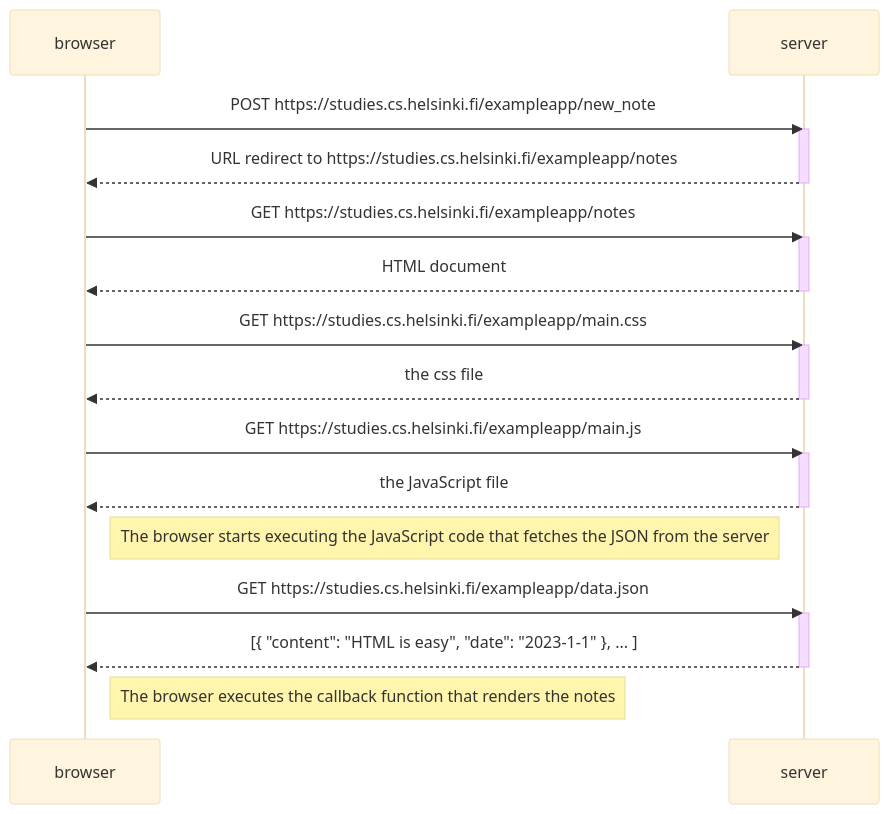
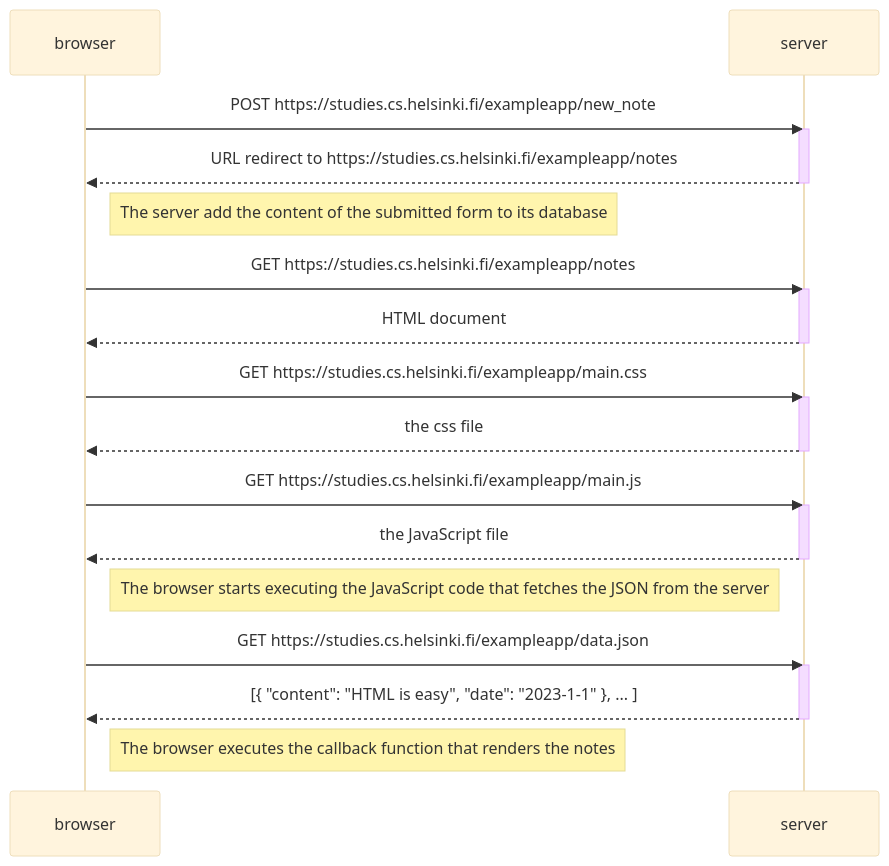
Before and after one commit to CongLuanTran/FullstackOpen: the diagram in part0/sequence_diagram.mmd, drawn with Mermaid (base theme).

Commit message:
add description for the server activity when form is submitted

```diff
--- a/part0/sequence_diagram.mmd
+++ b/part0/sequence_diagram.mmd
@@ -1,32 +1,34 @@
 sequenceDiagram
     participant browser
     participant server
 
     browser->>server: POST https://studies.cs.helsinki.fi/exampleapp/new_note
     activate server
     server-->>browser: URL redirect to https://studies.cs.helsinki.fi/exampleapp/notes
     deactivate server
+
+    Note right of browser: The server add the content of the submitted form to its database
     
     browser->>server: GET https://studies.cs.helsinki.fi/exampleapp/notes
     activate server
     server-->>browser: HTML document
     deactivate server
             
     browser->>server: GET https://studies.cs.helsinki.fi/exampleapp/main.css
     activate server
     server-->>browser: the css file
     deactivate server
 
     browser->>server: GET https://studies.cs.helsinki.fi/exampleapp/main.js
     activate server
     server-->>browser: the JavaScript file
     deactivate server
 
     Note right of browser: The browser starts executing the JavaScript code that fetches the JSON from the server
 
     browser->>server: GET https://studies.cs.helsinki.fi/exampleapp/data.json
     activate server
     server-->>browser: [{ "content": "HTML is easy", "date": "2023-1-1" }, ... ]
     deactivate server
 
     Note right of browser: The browser executes the callback function that renders the notes
```
